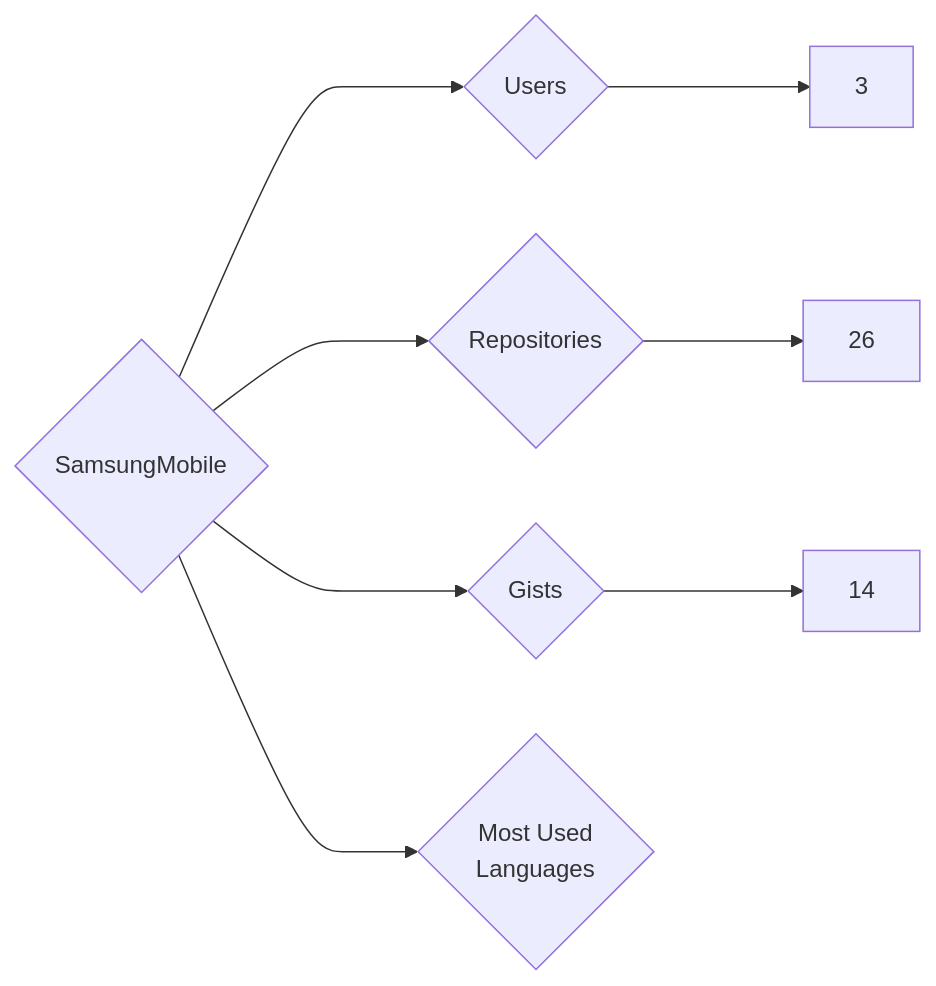
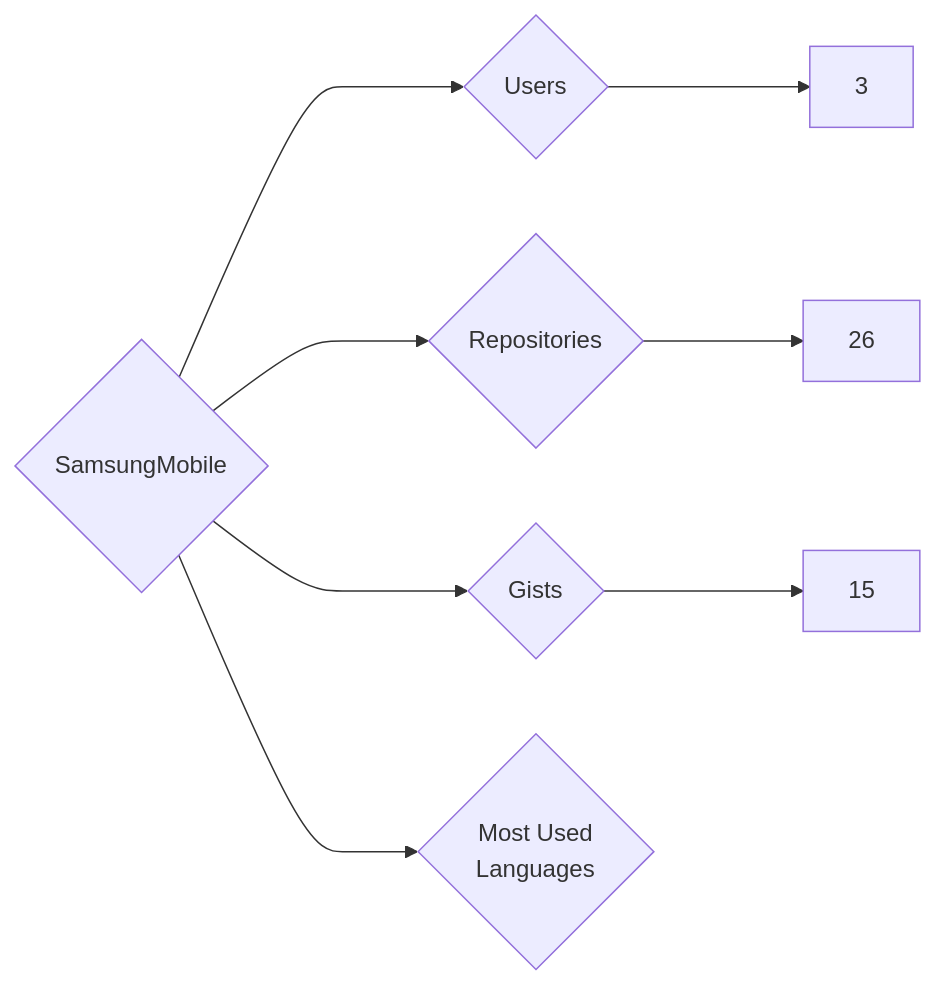
One commit to nenadzaric/insiders changed the diagram in targets/SamsungMobile/README.md. Above: the diagram before and after it, drawn with Mermaid. The commit also changed 1342 other files, not shown here.

````diff
--- a/targets/SamsungMobile/README.md
+++ b/targets/SamsungMobile/README.md
@@ -3,8 +3,8 @@
 ```mermaid
 graph LR
 COMPANY_NAME{SamsungMobile}
 COMPANY_NAME ---> U{Users} ---> UN[3]
 COMPANY_NAME ---> R{Repositories} ---> RN[26]
-COMPANY_NAME ---> G{Gists} ---> GN[14]
+COMPANY_NAME ---> G{Gists} ---> GN[15]
 COMPANY_NAME ---> ML{Most Used<br>Languages}
 ```
````
